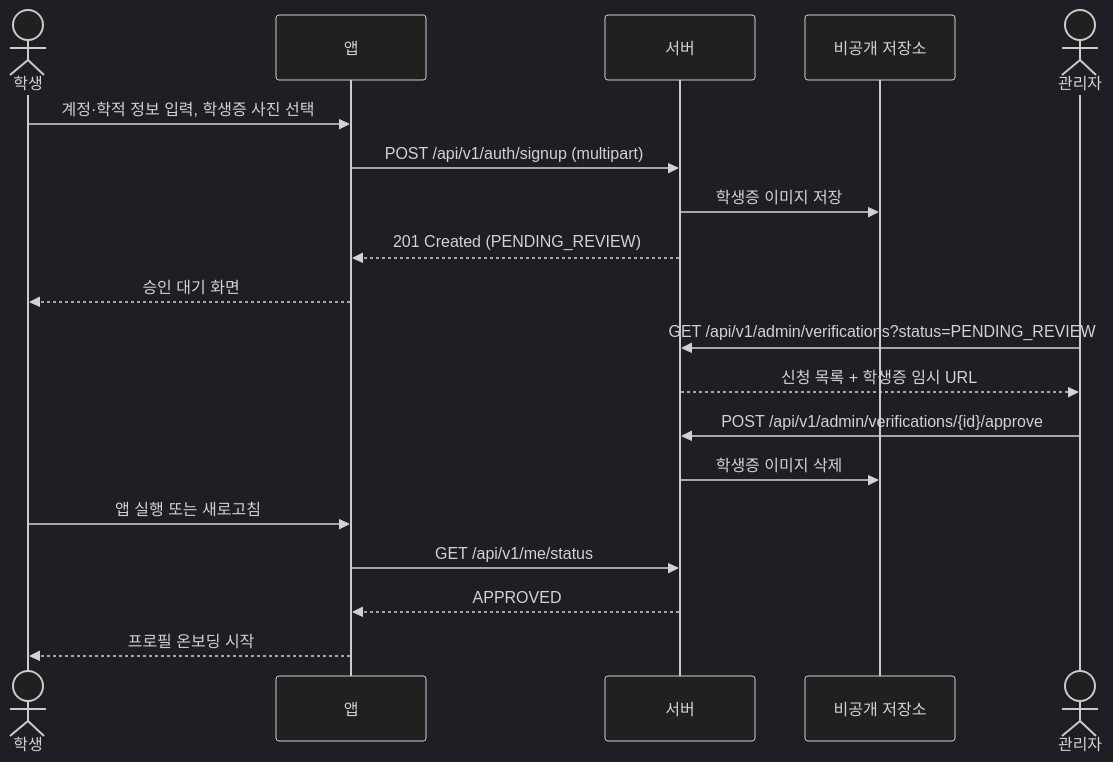
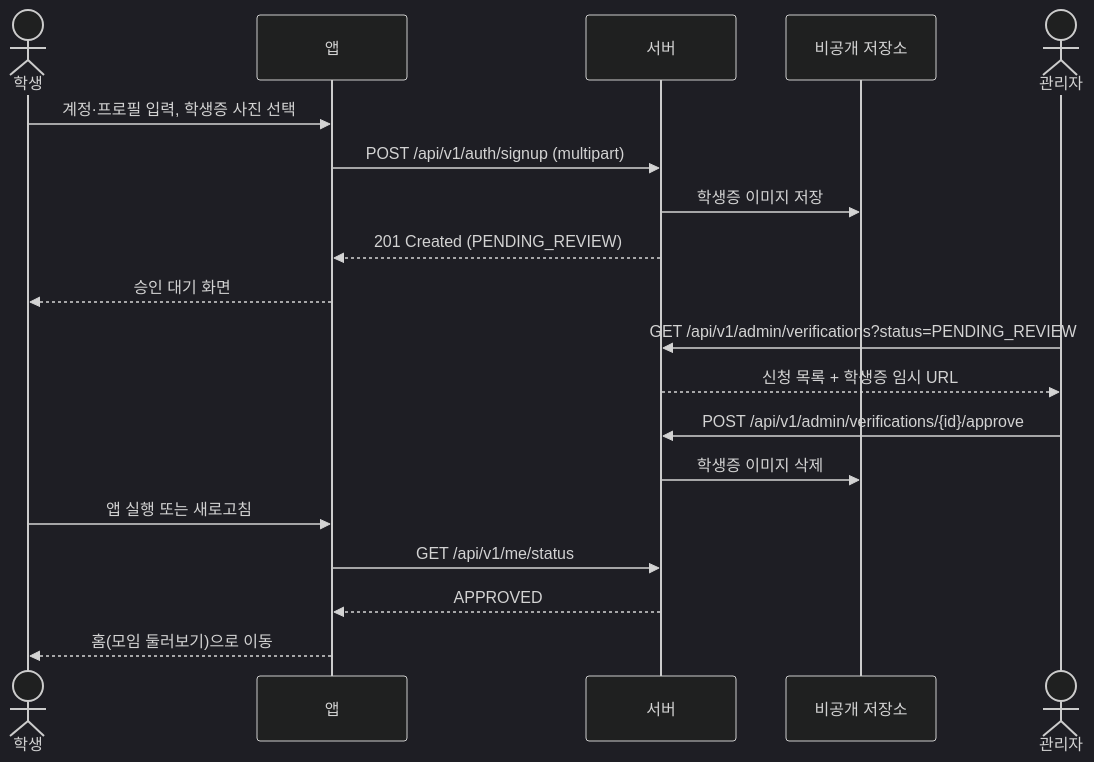
The second of 3 diagrams in docs/architecture.md (pantajia12/campus-hangout), drawn with Mermaid (dark theme) before and after one commit. The commit also changed other lines of this file and 1 other file, not shown here.

First line of the commit message:
docs: Figma를 반영해 로드맵 v4로 개편하고 ERD 갱신

````diff
--- a/docs/architecture.md
+++ b/docs/architecture.md
@@ -78,21 +83,21 @@
 ```mermaid
 sequenceDiagram
     actor S as 학생
     participant A as 앱
     participant API as 서버
     participant ST as 비공개 저장소
     actor AD as 관리자
-    S->>A: 계정·학적 정보 입력, 학생증 사진 선택
+    S->>A: 계정·프로필 입력, 학생증 사진 선택
     A->>API: POST /api/v1/auth/signup (multipart)
     API->>ST: 학생증 이미지 저장
     API-->>A: 201 Created (PENDING_REVIEW)
     A-->>S: 승인 대기 화면
     AD->>API: GET /api/v1/admin/verifications?status=PENDING_REVIEW
     API-->>AD: 신청 목록 + 학생증 임시 URL
     AD->>API: POST /api/v1/admin/verifications/{id}/approve
     API->>ST: 학생증 이미지 삭제
     S->>A: 앱 실행 또는 새로고침
     A->>API: GET /api/v1/me/status
     API-->>A: APPROVED
-    A-->>S: 프로필 온보딩 시작
+    A-->>S: 홈(모임 둘러보기)으로 이동
 ```
````
